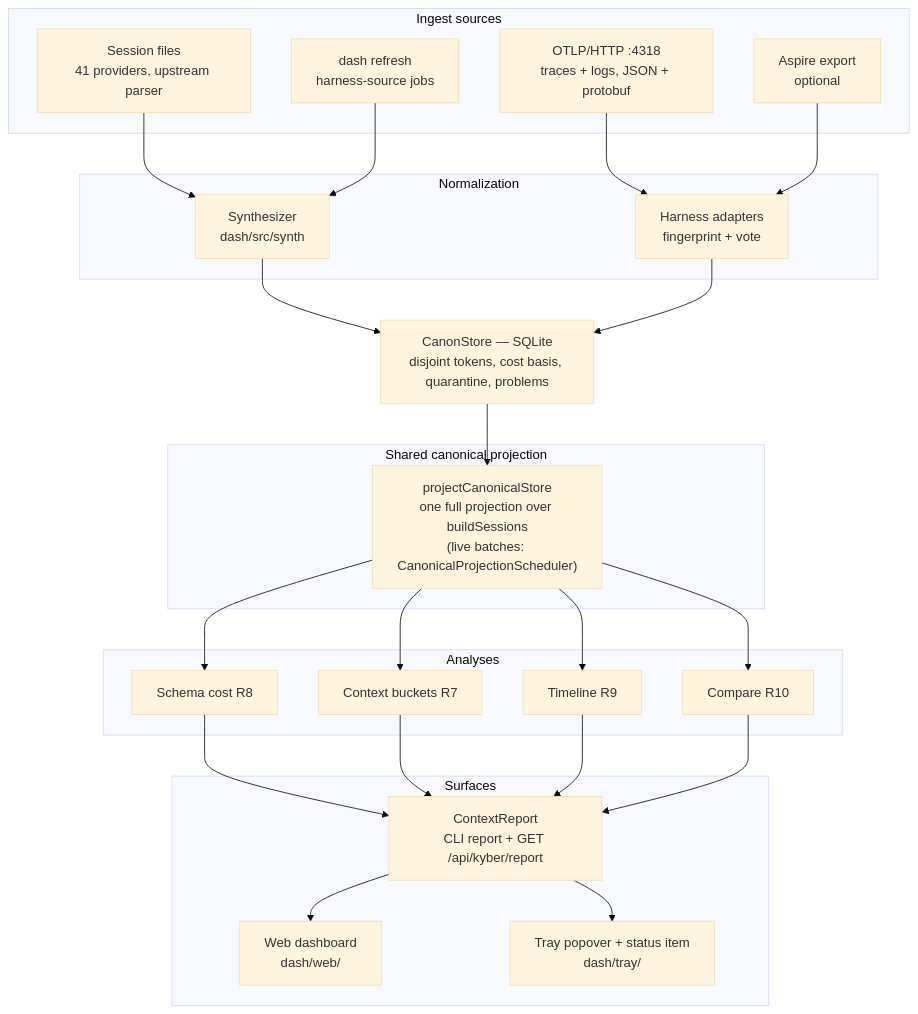
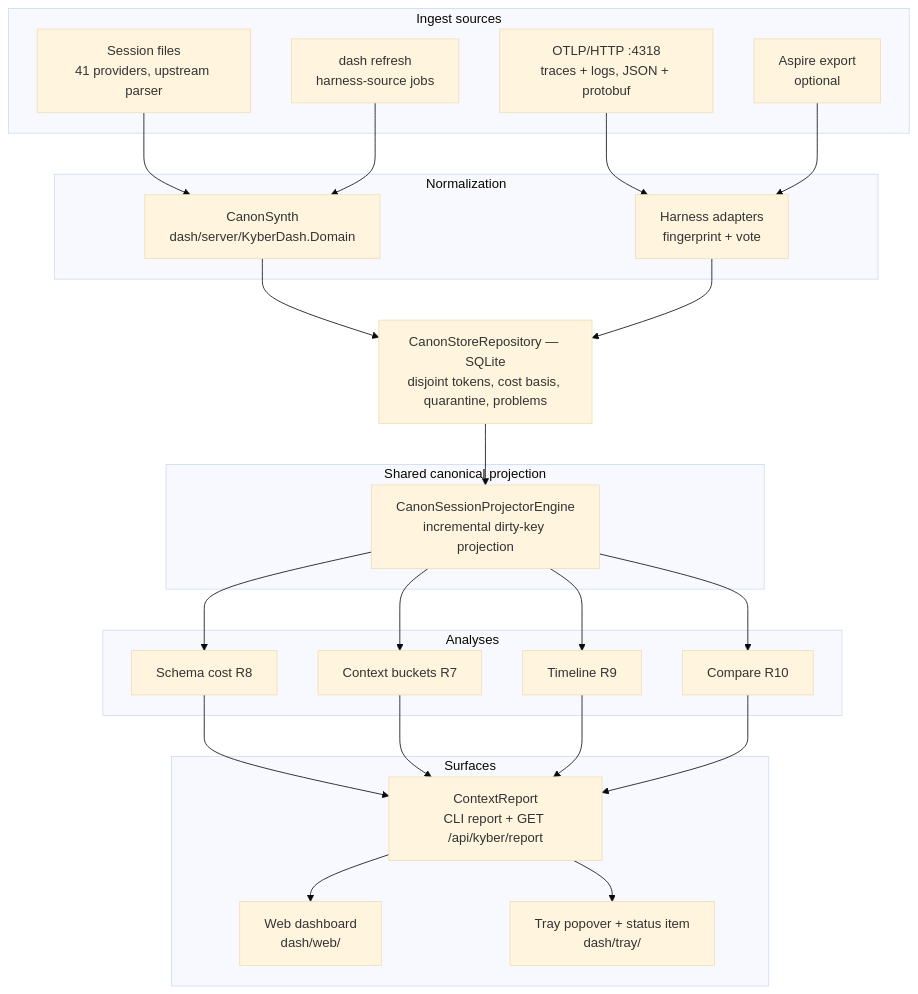
Before and after one commit to dpalfery/kyber-weave: the first of 5 diagrams in docs/dash/architecture.md, drawn with Mermaid (base theme). The commit also changed other lines of this file and 1207 other files, not shown here.

Commit message:
feat(dash): cut over KyberDash to Clean Architecture C# solution and retire legacy engine

````diff
--- a/docs/dash/architecture.md
+++ b/docs/dash/architecture.md
@@ -146,44 +129,44 @@
 ```mermaid
 flowchart TB
     subgraph sources["Ingest sources"]
         FS["Session files<br/>41 providers, upstream parser"]
         RF["dash refresh<br/>harness-source jobs"]
         OT["OTLP/HTTP :4318<br/>traces + logs, JSON + protobuf"]
         AS["Aspire export<br/>optional"]
     end
 
     subgraph normalize["Normalization"]
-        SY["Synthesizer<br/>dash/src/synth"]
+        SY["CanonSynth<br/>dash/server/KyberDash.Domain"]
         AD["Harness adapters<br/>fingerprint + vote"]
     end
 
-    ST["CanonStore — SQLite<br/>disjoint tokens, cost basis, quarantine, problems"]
+    ST["CanonStoreRepository — SQLite<br/>disjoint tokens, cost basis, quarantine, problems"]
 
     subgraph projection["Shared canonical projection"]
-        PR["projectCanonicalStore<br/>one full projection over buildSessions<br/>(live batches: CanonicalProjectionScheduler)"]
+        PR["CanonSessionProjectorEngine<br/>incremental dirty-key projection"]
     end
 
     subgraph analyses["Analyses"]
         AN1["Schema cost R8"]
         AN2["Context buckets R7"]
         AN3["Timeline R9"]
         AN4["Compare R10"]
     end
 
     subgraph surfaces["Surfaces"]
         REPORT["ContextReport<br/>CLI report + GET /api/kyber/report"]
         WEB["Web dashboard<br/>dash/web/"]
         TRAY["Tray popover + status item<br/>dash/tray/"]
     end
 
     FS --> SY
     RF --> SY
     OT --> AD
     AS --> AD
     SY --> ST
     AD --> ST
     ST --> PR
     PR --> AN1 & AN2 & AN3 & AN4
     AN1 & AN2 & AN3 & AN4 --> REPORT
     REPORT --> WEB & TRAY
 ```
````
